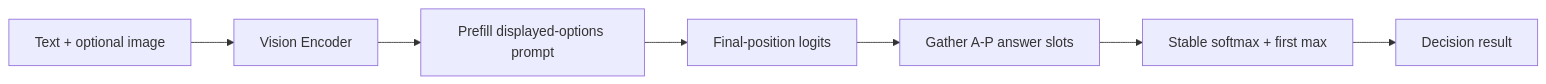
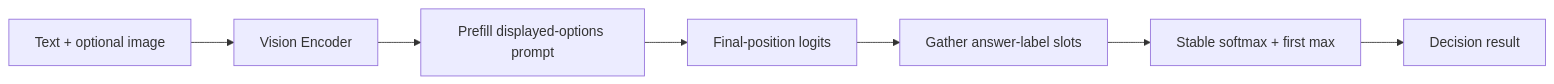
The diagram in docs/architecture.md (taka-tuos/branchscore), drawn with Mermaid before and after one commit. The commit also changed other lines of this file and 56 other files, not shown here.

````diff
--- a/docs/architecture.md
+++ b/docs/architecture.md
@@ -9,9 +9,9 @@
 ```mermaid
 flowchart LR
     I[Text + optional image] --> V[Vision Encoder]
     V --> P[Prefill displayed-options prompt]
     P --> S[Final-position logits]
-    S --> G[Gather A-P answer slots]
+    S --> G[Gather answer-label slots]
     G --> N[Stable softmax + first max]
     N --> R[Decision result]
 ```
````
